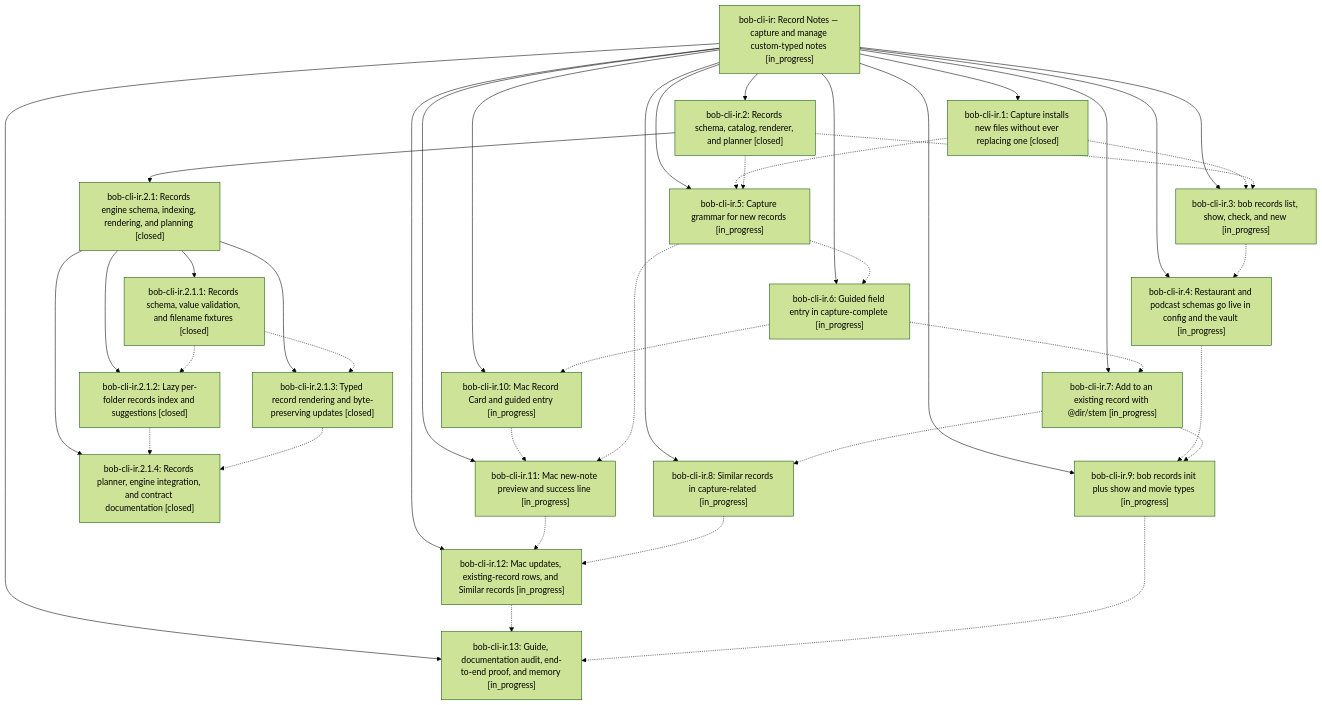
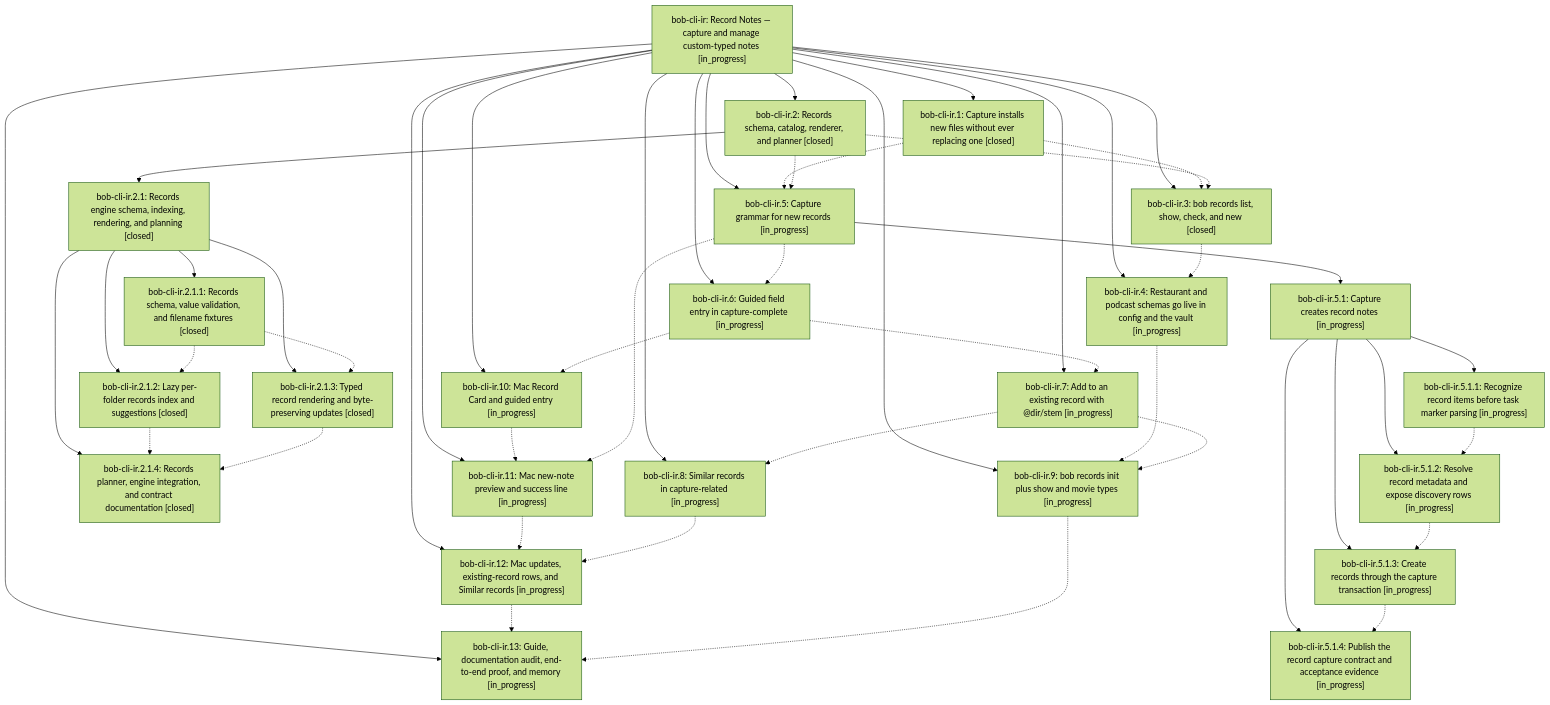
Before and after one commit to bobs-org/bob-cli--beads: the diagram in pages/bob-cli-ir/README.md, drawn with Mermaid (forest theme). The commit also changed other lines of this file and 15 other files, not shown here.

First line of the commit message:
chore(beads): sync bead state and pages for bob-cli-ir

````diff
--- a/pages/bob-cli-ir/README.md
+++ b/pages/bob-cli-ir/README.md
@@ -52,61 +52,74 @@
 ```mermaid
 flowchart TD
     n0["bob-cli-ir: Record Notes — capture and manage custom-typed notes [in_progress]"]
     n1["bob-cli-ir.1: Capture installs new files without ever replacing one [closed]"]
     n2["bob-cli-ir.10: Mac Record Card and guided entry [in_progress]"]
     n3["bob-cli-ir.11: Mac new-note preview and success line [in_progress]"]
     n4["bob-cli-ir.12: Mac updates, existing-record rows, and Similar records [in_progress]"]
     n5["bob-cli-ir.13: Guide, documentation audit, end-to-end proof, and memory [in_progress]"]
     n6["bob-cli-ir.2: Records schema, catalog, renderer, and planner [closed]"]
     n7["bob-cli-ir.2.1: Records engine schema, indexing, rendering, and planning [closed]"]
     n8["bob-cli-ir.2.1.1: Records schema, value validation, and filename fixtures [closed]"]
     n9["bob-cli-ir.2.1.2: Lazy per-folder records index and suggestions [closed]"]
     n10["bob-cli-ir.2.1.3: Typed record rendering and byte-preserving updates [closed]"]
     n11["bob-cli-ir.2.1.4: Records planner, engine integration, and contract documentation [closed]"]
-    n12["bob-cli-ir.3: bob records list, show, check, and new [in_progress]"]
+    n12["bob-cli-ir.3: bob records list, show, check, and new [closed]"]
     n13["bob-cli-ir.4: Restaurant and podcast schemas go live in config and the vault [in_progress]"]
     n14["bob-cli-ir.5: Capture grammar for new records [in_progress]"]
-    n15["bob-cli-ir.6: Guided field entry in capture-complete [in_progress]"]
-    n16["bob-cli-ir.7: Add to an existing record with @dir/stem [in_progress]"]
-    n17["bob-cli-ir.8: Similar records in capture-related [in_progress]"]
-    n18["bob-cli-ir.9: bob records init plus show and movie types [in_progress]"]
+    n15["bob-cli-ir.5.1: Capture creates record notes [in_progress]"]
+    n16["bob-cli-ir.5.1.1: Recognize record items before task marker parsing [in_progress]"]
+    n17["bob-cli-ir.5.1.2: Resolve record metadata and expose discovery rows [in_progress]"]
+    n18["bob-cli-ir.5.1.3: Create records through the capture transaction [in_progress]"]
+    n19["bob-cli-ir.5.1.4: Publish the record capture contract and acceptance evidence [in_progress]"]
+    n20["bob-cli-ir.6: Guided field entry in capture-complete [in_progress]"]
+    n21["bob-cli-ir.7: Add to an existing record with @dir/stem [in_progress]"]
+    n22["bob-cli-ir.8: Similar records in capture-related [in_progress]"]
+    n23["bob-cli-ir.9: bob records init plus show and movie types [in_progress]"]
     n0 --> n1
     n0 --> n2
     n0 --> n3
     n0 --> n4
     n0 --> n5
     n0 --> n6
     n6 --> n7
     n7 --> n8
     n7 --> n9
     n7 --> n10
     n7 --> n11
     n0 --> n12
     n0 --> n13
     n0 --> n14
-    n0 --> n15
-    n0 --> n16
-    n0 --> n17
-    n0 --> n18
+    n14 --> n15
+    n15 --> n16
+    n15 --> n17
+    n15 --> n18
+    n15 --> n19
+    n0 --> n20
+    n0 --> n21
+    n0 --> n22
+    n0 --> n23
     n1 -.-> n12
     n1 -.-> n14
     n2 -.-> n3
     n3 -.-> n4
     n4 -.-> n5
     n6 -.-> n12
     n6 -.-> n14
     n8 -.-> n9
     n8 -.-> n10
     n9 -.-> n11
     n10 -.-> n11
     n12 -.-> n13
-    n13 -.-> n18
+    n13 -.-> n23
     n14 -.-> n3
-    n14 -.-> n15
-    n15 -.-> n2
-    n15 -.-> n16
+    n14 -.-> n20
     n16 -.-> n17
-    n16 -.-> n18
-    n17 -.-> n4
-    n18 -.-> n5
+    n17 -.-> n18
+    n18 -.-> n19
+    n20 -.-> n2
+    n20 -.-> n21
+    n21 -.-> n22
+    n21 -.-> n23
+    n22 -.-> n4
+    n23 -.-> n5
 ```
````
